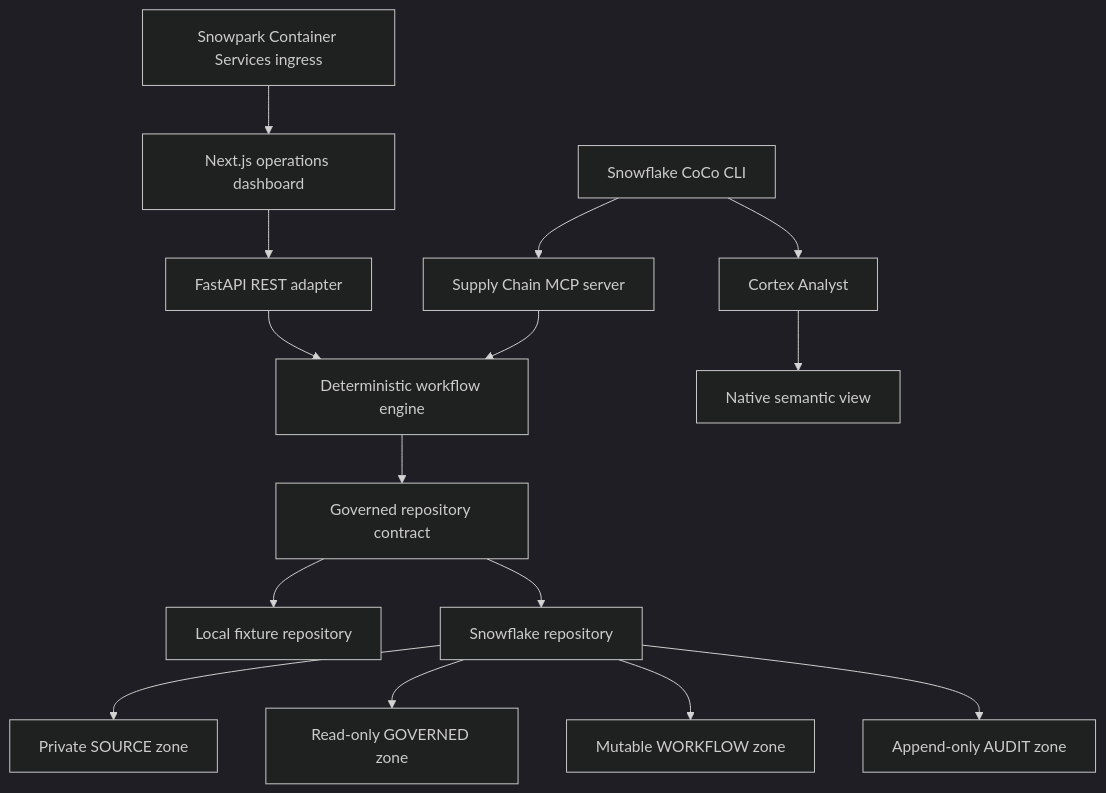
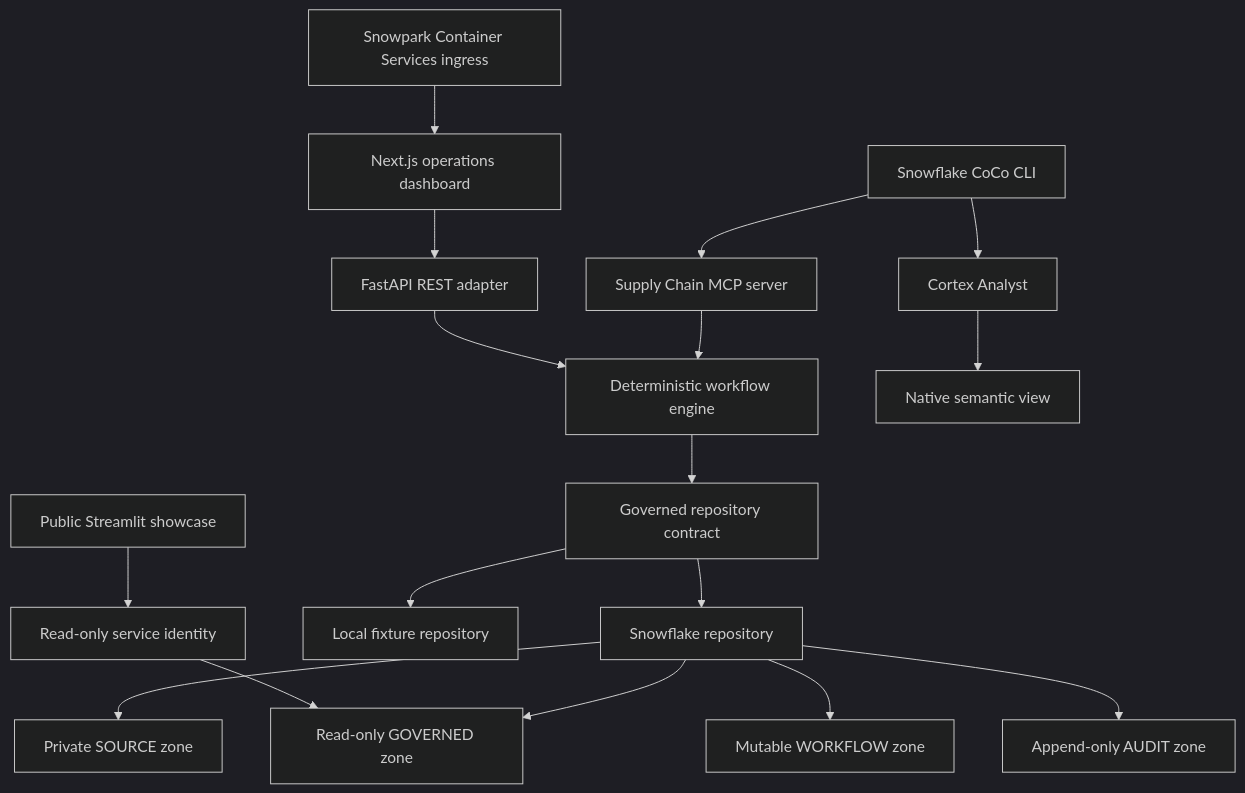
One commit to sunnyshin8/SupplyChain-Trust-Graph changed the second of 2 diagrams in README.md. Above: the diagram before and after it, drawn with Mermaid (dark theme). The commit also changed other lines of this file and 11 other files, not shown here.

````diff
--- a/README.md
+++ b/README.md
@@ -66,17 +67,19 @@
 ```mermaid
 flowchart TB
     UI[Next.js operations dashboard] --> API[FastAPI REST adapter]
     SPCS[Snowpark Container Services ingress] --> UI
+    PUBLIC[Public Streamlit showcase] --> READONLY[Read-only service identity]
+    READONLY --> GOVERNED
     COCO[Snowflake CoCo CLI] --> MCP[Supply Chain MCP server]
     COCO --> ANALYST[Cortex Analyst]
     API --> ENGINE[Deterministic workflow engine]
     MCP --> ENGINE
     ANALYST --> SEMANTIC[Native semantic view]
     ENGINE --> REPO[Governed repository contract]
     REPO --> FIXTURE[Local fixture repository]
     REPO --> SNOW[Snowflake repository]
     SNOW --> SOURCE[Private SOURCE zone]
     SNOW --> GOVERNED[Read-only GOVERNED zone]
     SNOW --> WORKFLOW[Mutable WORKFLOW zone]
     SNOW --> AUDIT[Append-only AUDIT zone]
 ```
````
